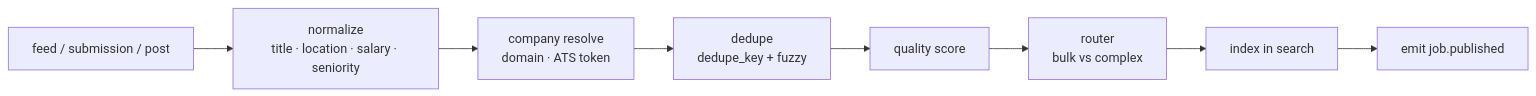
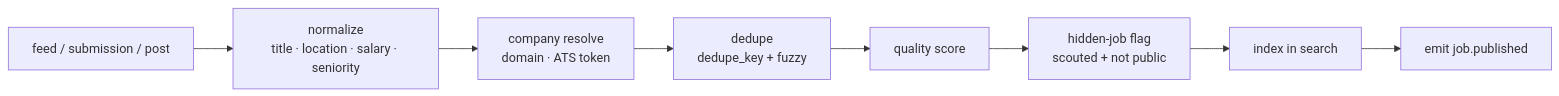
One commit to sid0709/Joined changed the diagram in docs/14-job-pool-and-matching.md. Above: the diagram before and after it, drawn with Mermaid. The commit also changed other lines of this file and 35 other files, not shown here.

````diff
--- a/docs/14-job-pool-and-matching.md
+++ b/docs/14-job-pool-and-matching.md
@@ -21,10 +25,10 @@
 ```mermaid
 flowchart LR
   F[feed / submission / post] --> N[normalize<br/>title · location · salary · seniority]
   N --> C[company resolve<br/>domain · ATS token]
   C --> D[dedupe<br/>dedupe_key + fuzzy]
   D --> Q[quality score]
-  Q --> R[router<br/>bulk vs complex]
-  R --> I[index in search]
+  Q --> H[hidden-job flag<br/>scouted + not public]
+  H --> I[index in search]
   I --> E[emit job.published]
 ```
````
